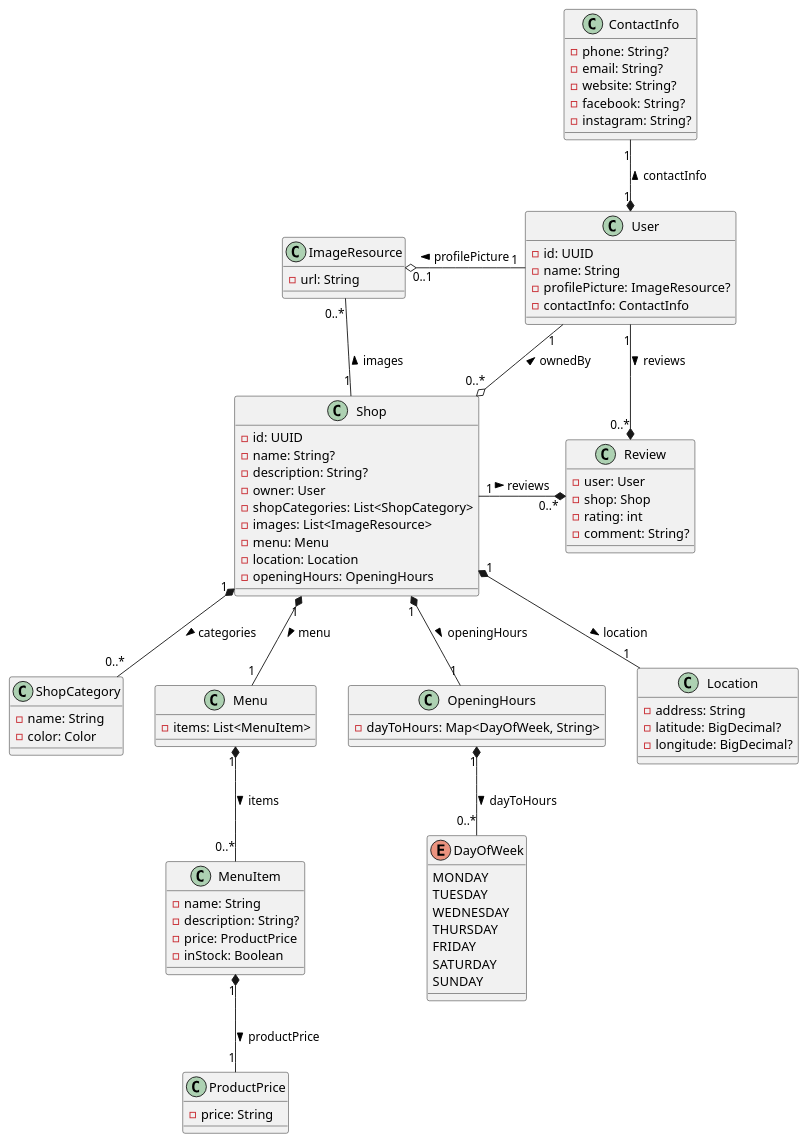
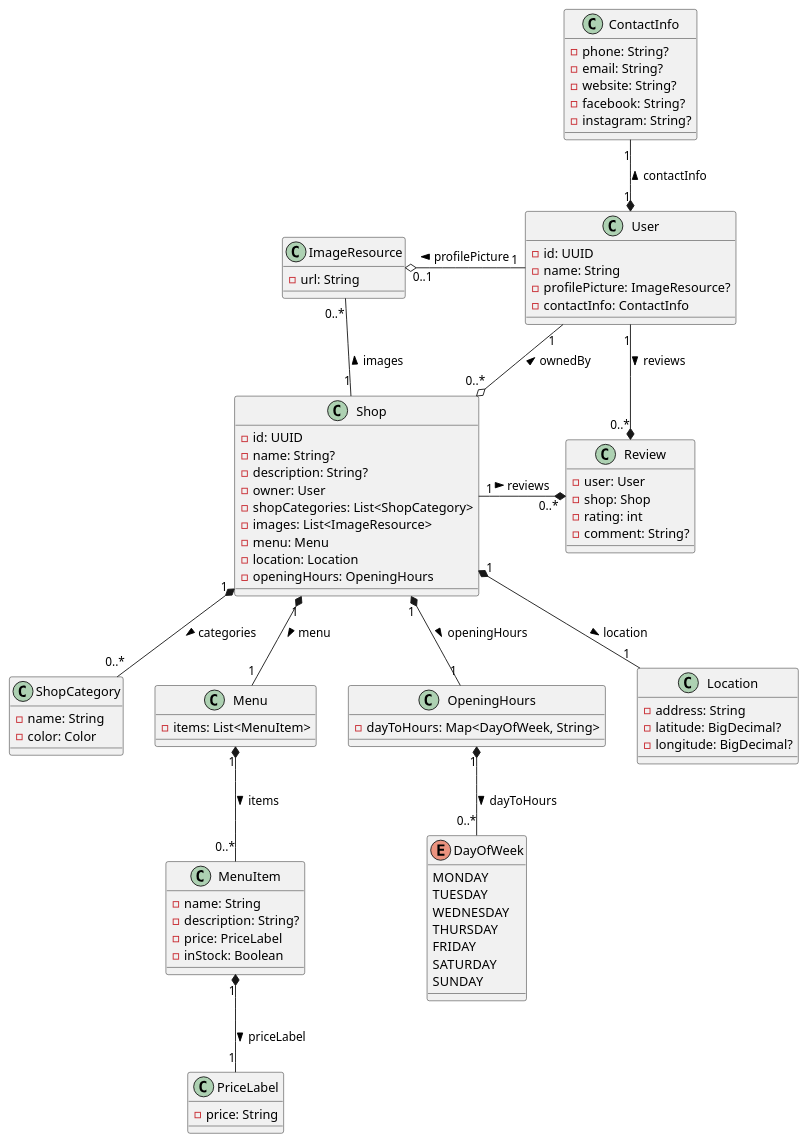
One commit to tondracek/my-farmer changed the diagram in docs/diagram/class_diagram.puml. Above: the diagram before and after it, drawn with PlantUML. The commit also changed 4 other files, not shown here.

Commit message:
fix: renamed ProductPrice to PriceLabel

```diff
--- a/docs/diagram/class_diagram.puml
+++ b/docs/diagram/class_diagram.puml
@@ -1,121 +1,121 @@
 @startuml
 
 skinparam backgroundColor #FFFFFF
 
 class ImageResource {
     - url: String
 }
 
 ' ----------------------------------- '
 
 class User {
     - id: UUID
     - name: String
     - profilePicture: ImageResource?
     - contactInfo: ContactInfo
 }
 
 User "1" -Lo "0..1" ImageResource : profilePicture >
 
 ' ----------------------------------- '
 
 class ContactInfo {
     - phone: String?
     - email: String?
     - website: String?
     - facebook: String?
     - instagram: String?
 }
 
 User "1" *-U- "1" ContactInfo : contactInfo >
 
 ' ----------------------------------- '
 
 class Shop {
     - id: UUID
     - name: String?
     - description: String?
     - owner: User
     - shopCategories: List<ShopCategory>
     - images: List<ImageResource>
     - menu: Menu
     - location: Location
     - openingHours: OpeningHours
 }
 
 User "1" --o "0..*" Shop : ownedBy <
 
 Shop "1" -U- "0..*" ImageResource : images >
 
 ' ----------------------------------- '
 
 class ShopCategory {
     - name: String
     - color: Color
 }
 
 Shop "1" *-- "0..*" ShopCategory : categories >
 
 ' ----------------------------------- '
 
 class Menu {
     - items: List<MenuItem>
 }
 
 class MenuItem {
     - name: String
     - description: String?
-    - price: ProductPrice
+    - price: PriceLabel
     - inStock: Boolean
 }
 
-class ProductPrice {
+class PriceLabel {
     - price: String
 }
 
 Shop "1" *-- "1" Menu : menu >
 Menu "1" *-- "0..*" MenuItem : items >
-MenuItem "1" *-- "1" ProductPrice : productPrice >
+MenuItem "1" *-- "1" PriceLabel : priceLabel >
 
 ' ----------------------------------- '
 
 class OpeningHours {
     - dayToHours: Map<DayOfWeek, String>
 }
 
 enum DayOfWeek {
     MONDAY
     TUESDAY
     WEDNESDAY
     THURSDAY
     FRIDAY
     SATURDAY
     SUNDAY
 }
 
 Shop "1" *-- "1" OpeningHours : openingHours >
 OpeningHours "1" *-- "0..*" DayOfWeek : dayToHours >
 
 ' ----------------------------------- '
 
 class Location {
     - address: String
     - latitude: BigDecimal?
     - longitude: BigDecimal?
 }
 
 Shop "1" *-- "1" Location : location >
 
 ' ----------------------------------- '
 
 class Review {
     - user: User
     - shop: Shop
     - rating: int
     - comment: String?
 }
 
 Shop "1" -* "0..*" Review : reviews >
 User "1" -* "0..*" Review : reviews >
 
 @enduml
```
